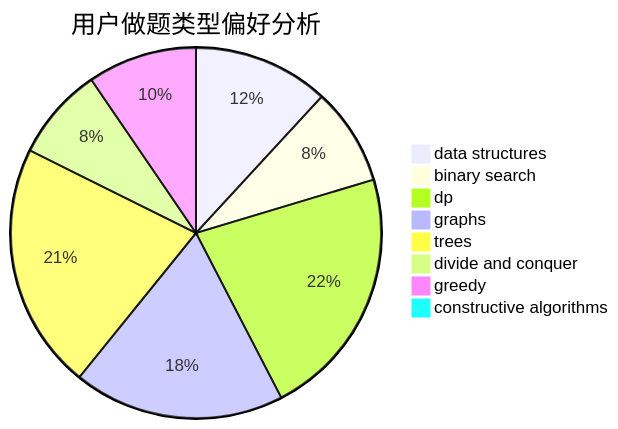
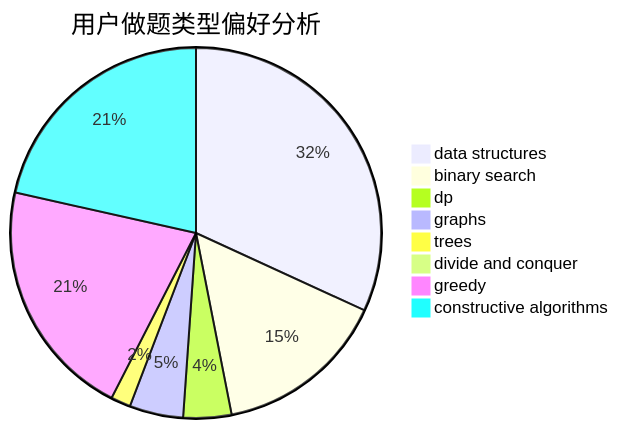
One commit to sherpahu/cfrs.github.io changed the second of 3 diagrams in docs/user/u806.md. Above: the diagram before and after it, drawn with Mermaid. The commit also changed other lines of this file and 2770 other files, not shown here.

````diff
--- a/docs/user/u806.md
+++ b/docs/user/u806.md
@@ -23,11 +23,11 @@
 ```mermaid
 pie title 用户做题类型偏好分析
-    "data structures" :  92
-    "binary search" :  66
-    "dp" :  171
-    "graphs" :  143
-    "trees" :  167
-    "divide and conquer" :  63
-    "greedy" :  74
-    "constructive algorithms" :  1
+    "data structures" :  129
+    "binary search" :  61
+    "dp" :  17
+    "graphs" :  19
+    "trees" :  7
+    "divide and conquer" :  0
+    "greedy" :  85
+    "constructive algorithms" :  87
 ```
````
